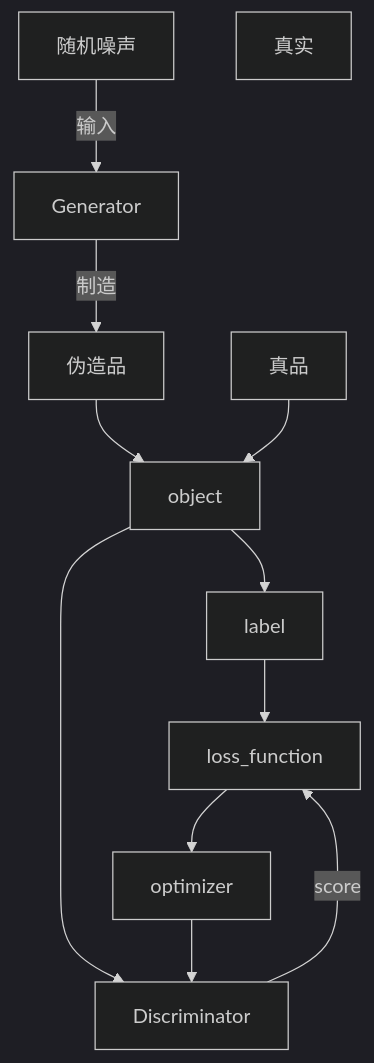
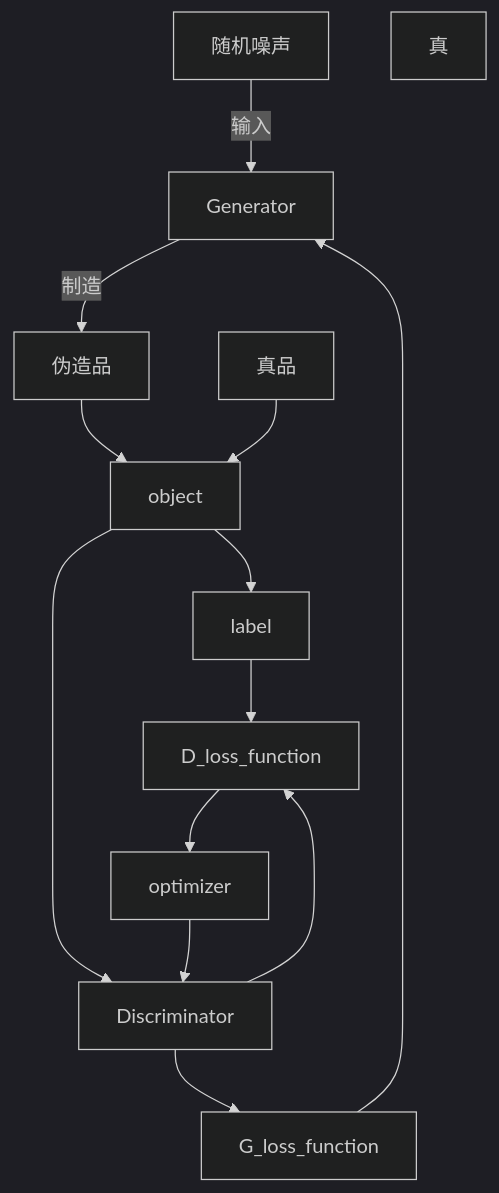
Before and after one commit to ianZzzzzz/AiNote: the first of 2 diagrams in note_9_GAN_生成对抗模型.md, drawn with Mermaid (dark theme).

````diff
--- a/note_9_GAN_生成对抗模型.md
+++ b/note_9_GAN_生成对抗模型.md
@@ -1,22 +1,23 @@
 ```mermaid
 graph TB
     随机噪声 
     Generator
     伪造品
     真品
     object
     Discriminator
-    真实
+    真
    
 
     随机噪声 --输入--> Generator --制造--> 伪造品 --> object
     
     真品 --> object
    
     
     object-->label
-    object-->Discriminator --score-->loss_function
-    label-->loss_function-->optimizer-->Discriminator
+    object-->Discriminator -->D_loss_function
+    label-->D_loss_function-->optimizer-->Discriminator
+    Discriminator-->G_loss_function-->Generator
 
 
 ```
````
